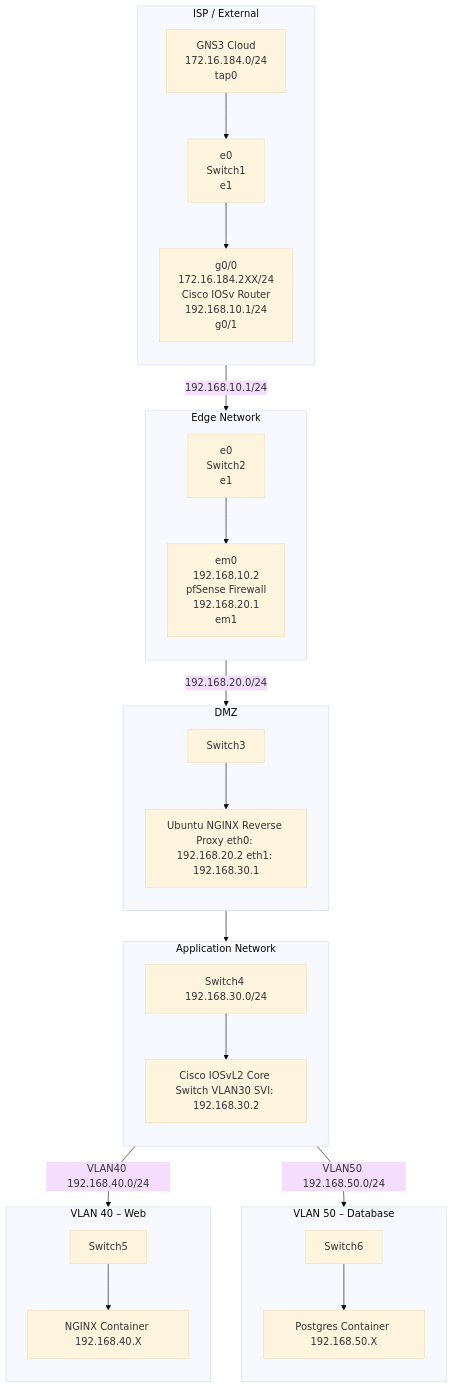
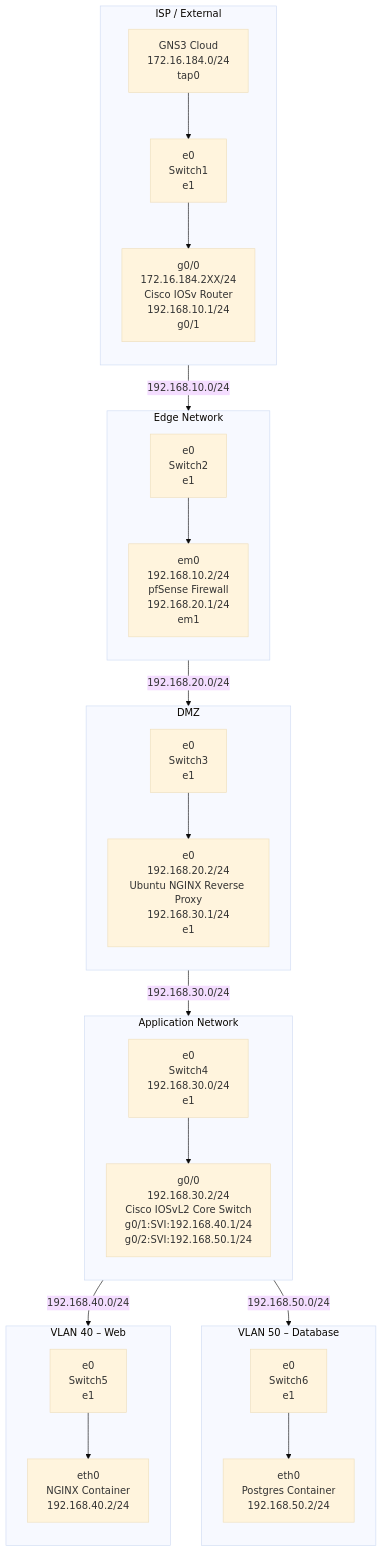
One commit to davis-boudreau/ISEC2700 changed the diagram in mp3/saitge-isec2700-mp3-00-gns3-environment-setup.md. Above: the diagram before and after it, drawn with Mermaid (base theme).

Commit message:
updated mp3-00

````diff
--- a/mp3/saitge-isec2700-mp3-00-gns3-environment-setup.md
+++ b/mp3/saitge-isec2700-mp3-00-gns3-environment-setup.md
@@ -111,64 +111,64 @@
 ```mermaid
 flowchart TB
 
 %% ISP / External
 subgraph ISP["ISP / External"]
   direction TB
   Cloud["GNS3 Cloud <br>172.16.184.0/24 <br>tap0"]
   SW1["e0 <br>Switch1 <br>e1"]
   R1["g0/0<br>172.16.184.2XX/24<br>Cisco IOSv Router<br>192.168.10.1/24<br>g0/1"]
 
   Cloud --> SW1 --> R1
 end
 
 %% Internal Edge
 subgraph EDGE["Edge Network"]
   direction TB
   SW2["e0<br>Switch2<br>e1"]
-  FW["em0<br>192.168.10.2<br>pfSense Firewall<br>192.168.20.1<br>em1"]
+  FW["em0<br>192.168.10.2/24<br>pfSense Firewall<br>192.168.20.1/24<br>em1"]
 
   SW2 --> FW
 end
 
 %% DMZ
 subgraph DMZ["DMZ"]
   direction TB
-  SW3["Switch3"]
-  PROXY["Ubuntu NGINX Reverse Proxy eth0: 192.168.20.2 eth1: 192.168.30.1"]
+  SW3["e0<br>Switch3<br>e1<br>"]
+  PROXY["e0<br>192.168.20.2/24<br>Ubuntu NGINX Reverse Proxy<br>192.168.30.1/24<br>e1<br>"]
 
   SW3 --> PROXY
 end
 
 %% Core / App
 subgraph APP["Application Network"]
   direction TB
-  SW4["Switch4 192.168.30.0/24"]
-  CORE["Cisco IOSvL2 Core Switch VLAN30 SVI: 192.168.30.2"]
+  SW4["e0<br>Switch4<br>192.168.30.0/24<br>e1<br>"]
+  CORE["g0/0<br>192.168.30.2/24<br>Cisco IOSvL2 Core Switch<br>g0/1:SVI:192.168.40.1/24<br>g0/2:SVI:192.168.50.1/24<br>"]
 
   SW4 --> CORE
 end
 
 %% VLANs
 subgraph VLAN50["VLAN 50 – Database"]
   direction TB
-  SW6["Switch6"]
-  DB["Postgres Container 192.168.50.X"]
+  SW6["e0<br>Switch6<br>e1<br>"]
+  DB["eth0<br>Postgres Container<br>192.168.50.2/24<br>"]
 
   SW6 --> DB
 end
 
 subgraph VLAN40["VLAN 40 – Web"]
   direction TB
-  SW5["Switch5"]
-  WEB["NGINX Container 192.168.40.X"]
+  SW5["e0<br>Switch5<br>e1<br>"]
+  WEB["eth0<br>NGINX Container<br>192.168.40.2/24<br>"]
 
   SW5 --> WEB
 end
 
 %% Interconnections (LR)
-R1 -->|192.168.10.1/24| SW2
+R1 -->|192.168.10.0/24| SW2
 FW -->|192.168.20.0/24| SW3
-PROXY --> SW4
-CORE -->|VLAN40 192.168.40.0/24| SW5
-CORE -->|VLAN50 192.168.50.0/24| SW6
+PROXY -->|192.168.30.0/24| SW4
+CORE -->|192.168.40.0/24| SW5
+CORE -->|192.168.50.0/24| SW6
 ```
````
